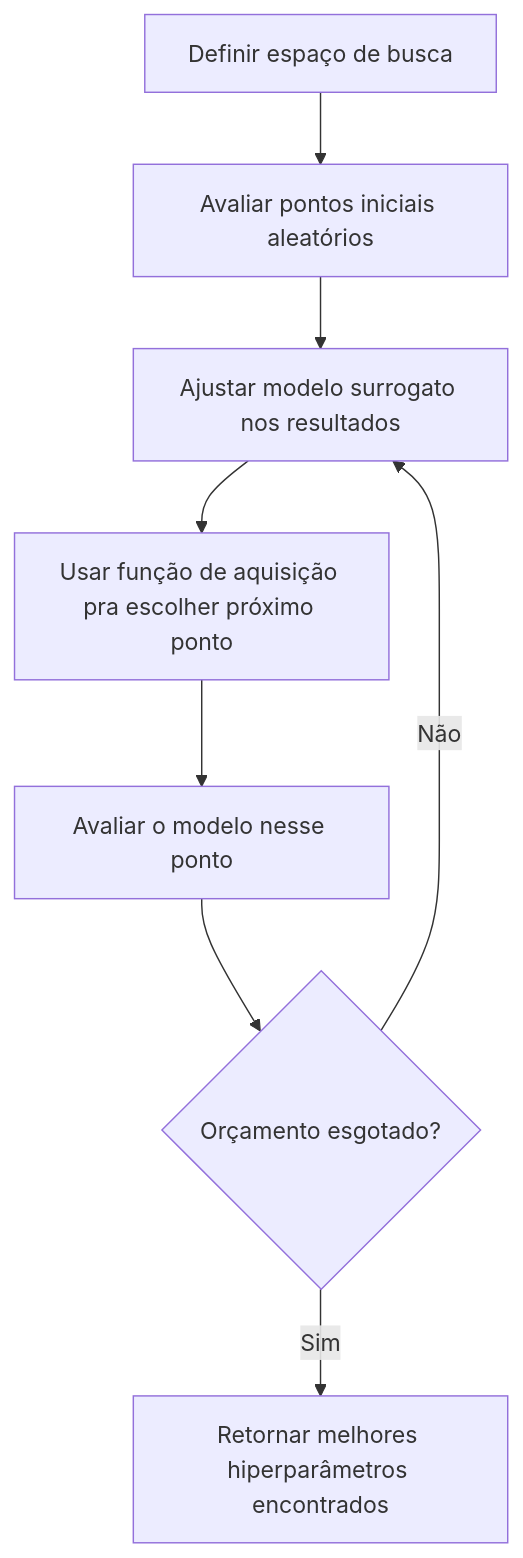
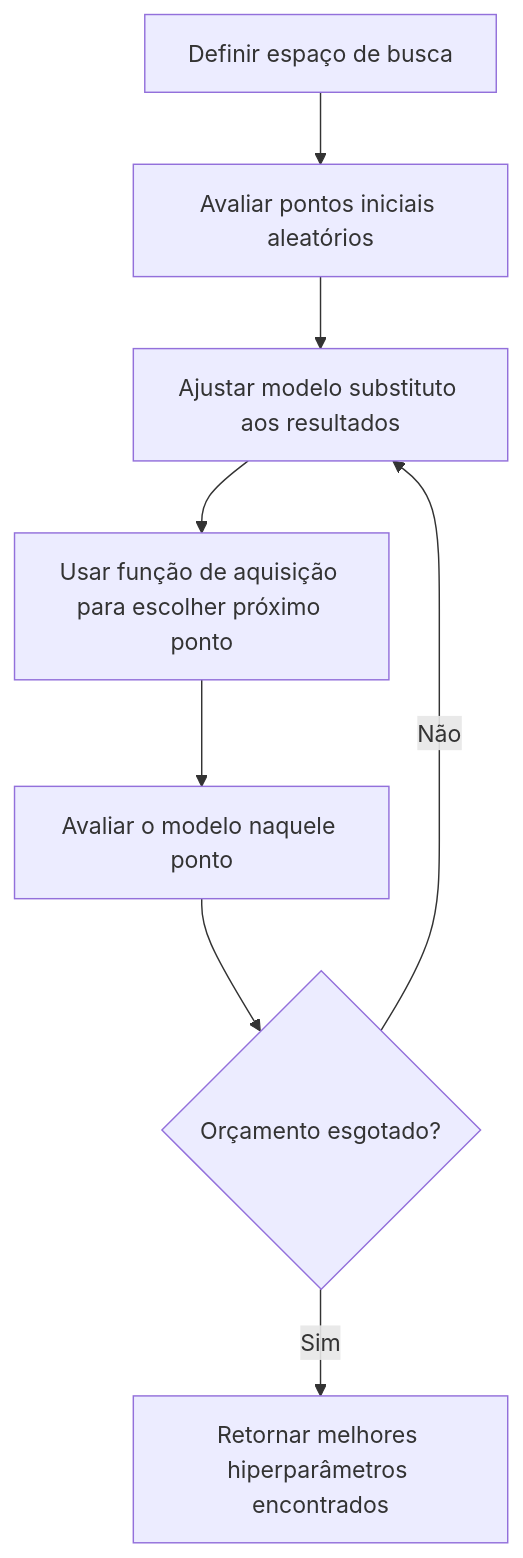
Before and after one commit to K3lvin-dev/ai-engineering-from-scratch: the second of 4 diagrams in phases/02-ml-fundamentals/12-hyperparameter-tuning/docs/pt-br.md, drawn with Mermaid. The commit also changed other lines of this file and 17 other files, not shown here.

````diff
--- a/phases/02-ml-fundamentals/12-hyperparameter-tuning/docs/pt-br.md
+++ b/phases/02-ml-fundamentals/12-hyperparameter-tuning/docs/pt-br.md
@@ -55,10 +87,10 @@
 ```mermaid
 flowchart TD
     A[Definir espaço de busca] --> B[Avaliar pontos iniciais aleatórios]
-    B --> C[Ajustar modelo surrogato nos resultados]
-    C --> D[Usar função de aquisição pra escolher próximo ponto]
-    D --> E[Avaliar o modelo nesse ponto]
+    B --> C[Ajustar modelo substituto aos resultados]
+    C --> D[Usar função de aquisição para escolher próximo ponto]
+    D --> E[Avaliar o modelo naquele ponto]
     E --> F{Orçamento esgotado?}
     F -->|Não| C
     F -->|Sim| G[Retornar melhores hiperparâmetros encontrados]
 ```
````
